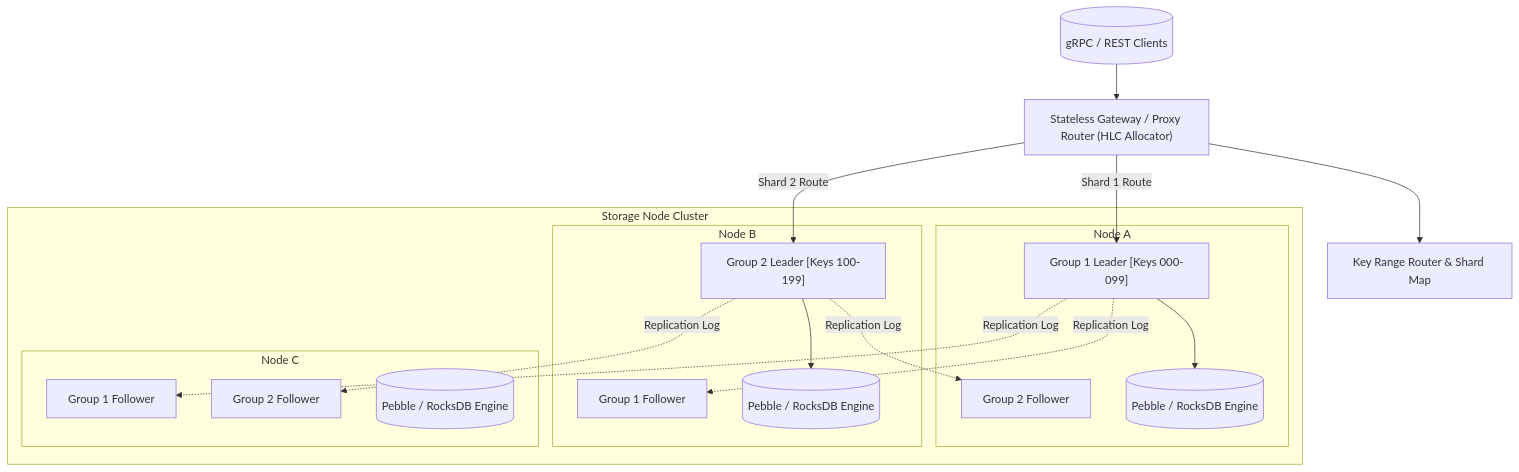
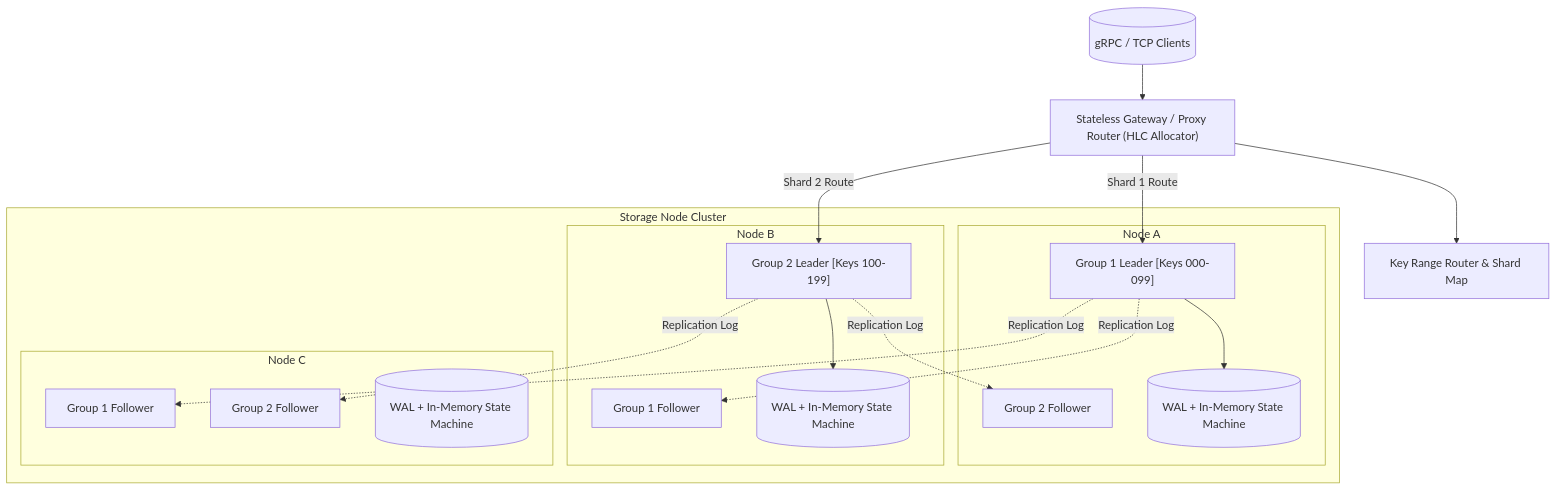
The first of 2 diagrams in README.md (ER-brocode/raft-nexus), drawn with Mermaid before and after one commit. The commit also changed other lines of this file and 31 other files, not shown here.

````diff
--- a/README.md
+++ b/README.md
@@ -39,34 +41,34 @@
 ```mermaid
 flowchart TD
-    Client[("gRPC / REST Clients")] --> Gateway["Stateless Gateway / Proxy Router (HLC Allocator)"]
+    Client[("gRPC / TCP Clients")] --> Gateway["Stateless Gateway / Proxy Router (HLC Allocator)"]
     Gateway --> RouteCache["Key Range Router & Shard Map"]
     
     subgraph MultiRaftCluster ["Storage Node Cluster"]
         subgraph Node1 ["Node A"]
             R1A["Group 1 Leader [Keys 000-099]"]
             R2A["Group 2 Follower"]
-            Engine1[("Pebble / RocksDB Engine")]
+            Engine1[("WAL + In-Memory State Machine")]
         end
         subgraph Node2 ["Node B"]
             R1B["Group 1 Follower"]
             R2B["Group 2 Leader [Keys 100-199]"]
-            Engine2[("Pebble / RocksDB Engine")]
+            Engine2[("WAL + In-Memory State Machine")]
         end
         subgraph Node3 ["Node C"]
             R1C["Group 1 Follower"]
             R2C["Group 2 Follower"]
-            Engine3[("Pebble / RocksDB Engine")]
+            Engine3[("WAL + In-Memory State Machine")]
         end
     end
     
     Gateway -->|Shard 1 Route| R1A
     Gateway -->|Shard 2 Route| R2B
     
     R1A -. Replication Log .-> R1B
     R1A -. Replication Log .-> R1C
     R2B -. Replication Log .-> R2A
     R2B -. Replication Log .-> R2C
     
     R1A --> Engine1
     R2B --> Engine2
 ```
````
